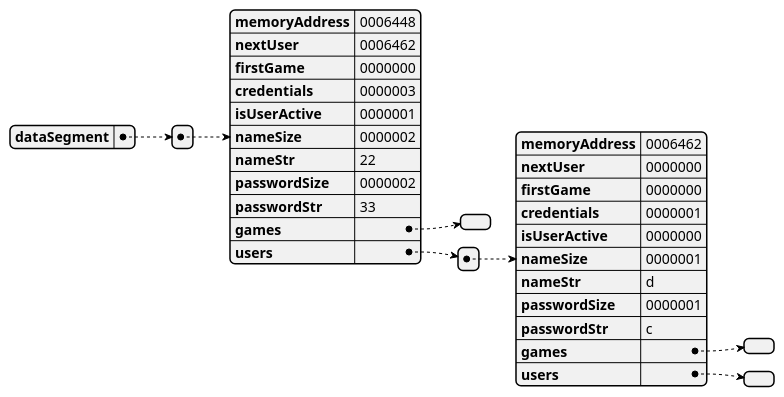
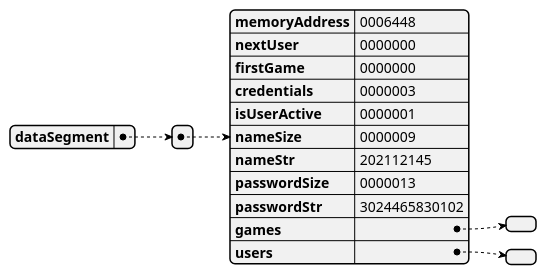
One commit to danielcuque/ACE1-PROYECTO2 changed the diagram in docs/uml/README.md. Above: the diagram before and after it, drawn with PlantUML. The commit also changed 2 other files, not shown here.

Commit message:
feat: write date and time in reports

`````diff
--- a/docs/uml/README.md
+++ b/docs/uml/README.md
@@ -1,26 +1,16 @@
 ````plantuml
 @startjson memoryGraph
 {"dataSegment":
 [{"memoryAddress":"0006448",
-"nextUser":"0006462",
+"nextUser":"0000000",
 "firstGame":"0000000",
 "credentials":"0000003",
 "isUserActive":"0000001",
-"nameSize":"0000002",
-"nameStr":"22",
-"passwordSize":"0000002",
-"passwordStr":"33",
+"nameSize":"0000009",
+"nameStr":"202112145",
+"passwordSize":"0000013",
+"passwordStr":"3024465830102",
 "games":[],
-"users":[{"memoryAddress":"0006462",
-"nextUser":"0000000",
-"firstGame":"0000000",
-"credentials":"0000001",
-"isUserActive":"0000000",
-"nameSize":"0000001",
-"nameStr":"d",
-"passwordSize":"0000001",
-"passwordStr":"c",
-"games":[],
-"users":[]}]}]}
+"users":[]}]}
 @endjson
 ````
`````
